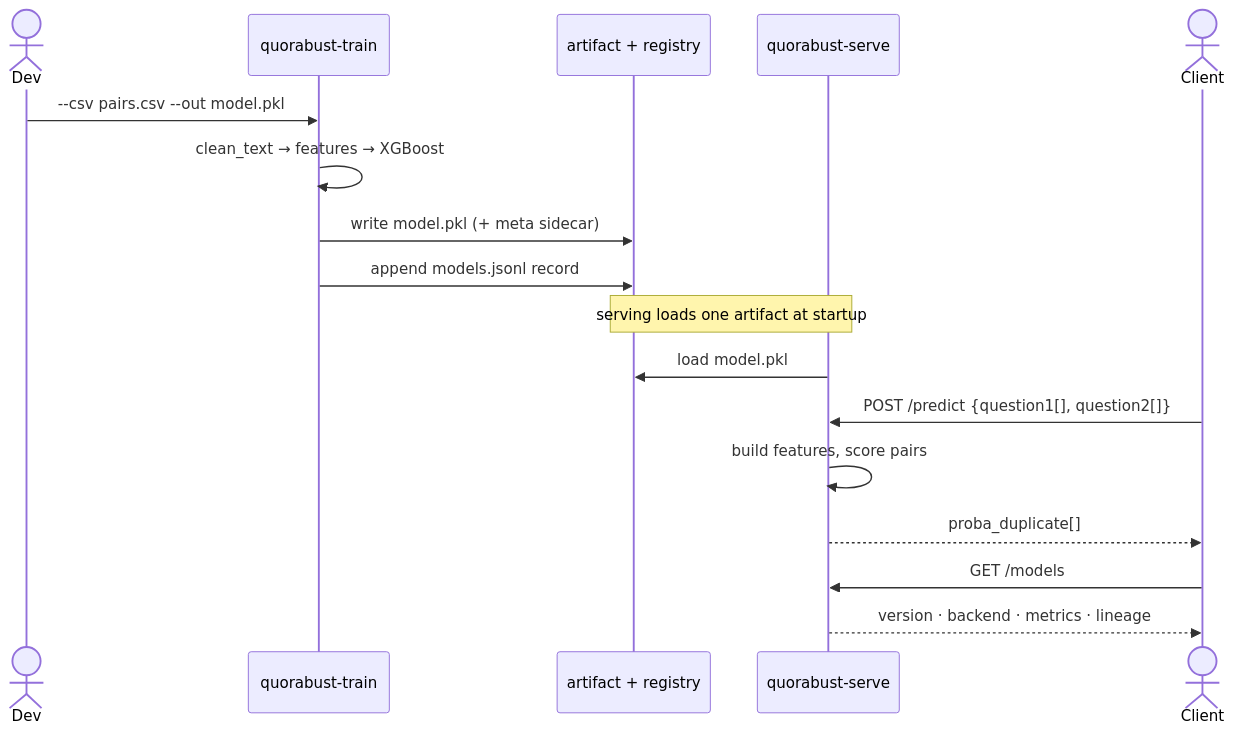
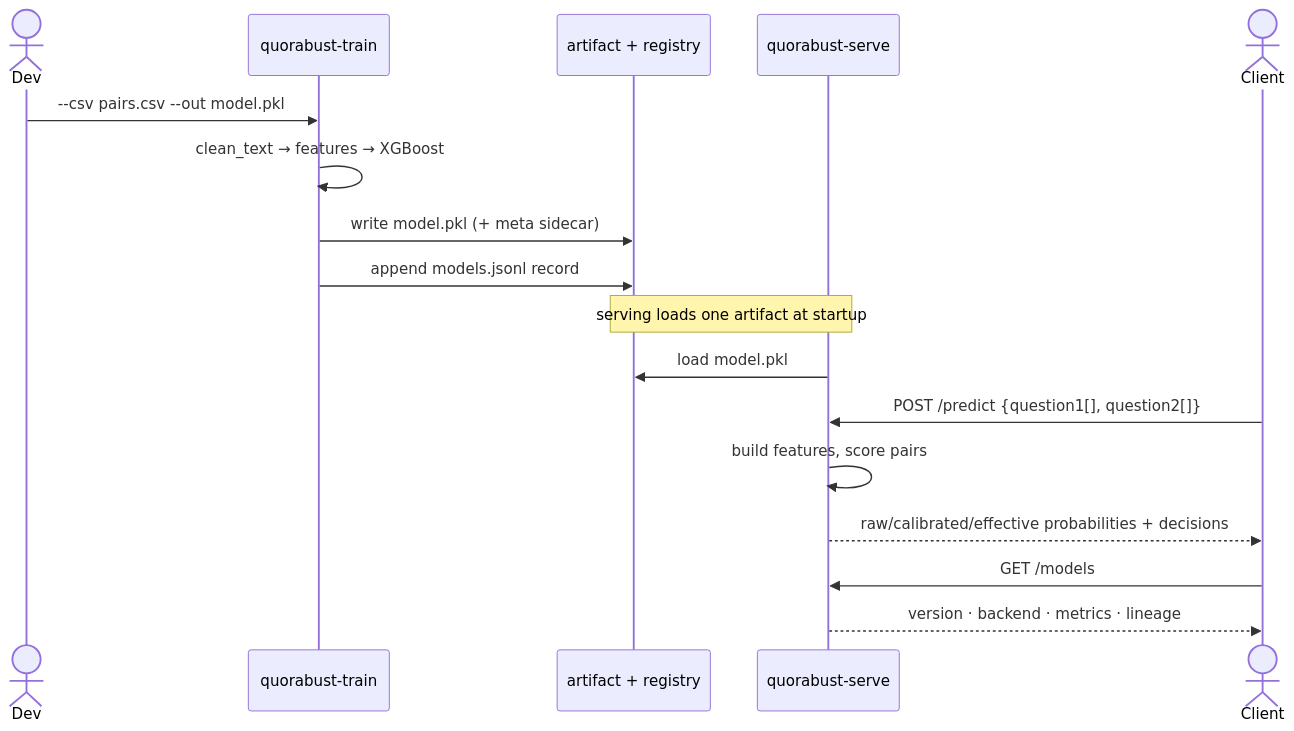
Before and after one commit to AlisinaDevelo/Quorabust: the third of 4 diagrams in docs/ARCHITECTURE.md, drawn with Mermaid. The commit also changed 6 other files, not shown here.

````diff
--- a/docs/ARCHITECTURE.md
+++ b/docs/ARCHITECTURE.md
@@ -52,20 +52,20 @@
 ```mermaid
 sequenceDiagram
   actor Dev
   participant Train as quorabust-train
   participant FS as artifact + registry
   participant API as quorabust-serve
   actor Client
 
   Dev->>Train: --csv pairs.csv --out model.pkl
   Train->>Train: clean_text → features → XGBoost
   Train->>FS: write model.pkl (+ meta sidecar)
   Train->>FS: append models.jsonl record
   Note over API,FS: serving loads one artifact at startup
   API->>FS: load model.pkl
   Client->>API: POST /predict {question1[], question2[]}
   API->>API: build features, score pairs
-  API-->>Client: proba_duplicate[]
+  API-->>Client: raw/calibrated/effective probabilities + decisions
   Client->>API: GET /models
   API-->>Client: version · backend · metrics · lineage
 ```
````
